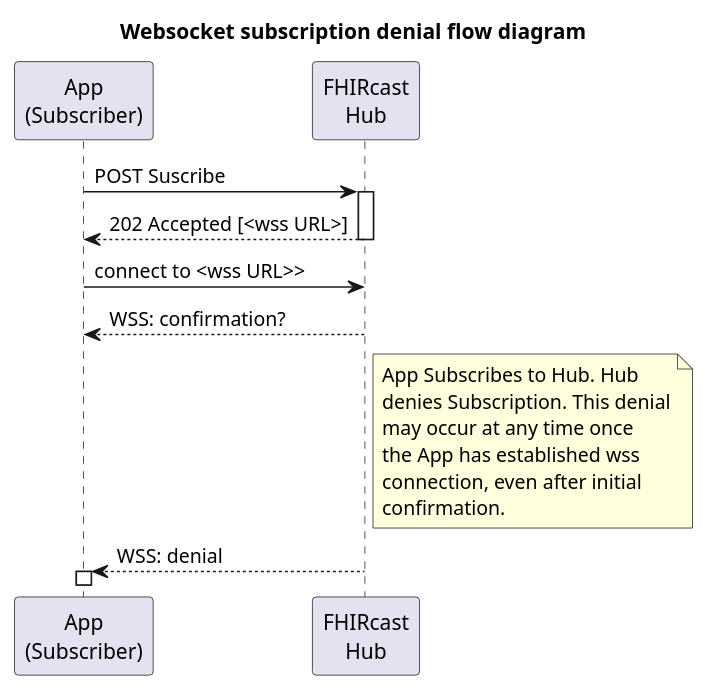
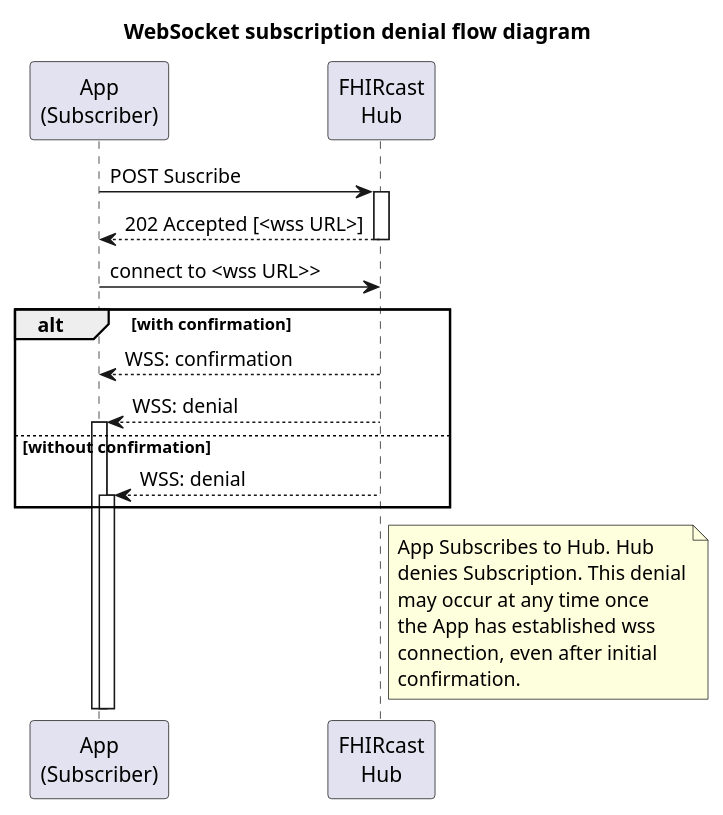
One commit to HL7/fhircast-docs changed the diagram in input/images-source/DeniedSubscriptionSequence.plantuml. Above: the diagram before and after it, drawn with PlantUML.

Commit message:
indicate that confirmation is optional

```diff
--- a/input/images-source/DeniedSubscriptionSequence.plantuml
+++ b/input/images-source/DeniedSubscriptionSequence.plantuml
@@ -1,24 +1,27 @@
 @startuml
 
-title Websocket subscription denial flow diagram
+title WebSocket subscription denial flow diagram
 
 participant "App\n(Subscriber)" as Subscriber
 participant "FHIRcast\nHub" as Hub
 
 Subscriber -> Hub++: POST Suscribe
 Subscriber <-- Hub--: 202 Accepted [<wss URL>]
 Subscriber -> Hub: connect to <wss URL>>
-Subscriber <-- Hub: WSS: confirmation?
+alt with confirmation
+Subscriber <-- Hub: WSS: confirmation
+Hub --> Subscriber++: WSS: denial
+else without confirmation
+Hub --> Subscriber++: WSS: denial
+end
 
 note right of Hub
     App Subscribes to Hub. Hub 
     denies Subscription. This denial
     may occur at any time once
     the App has established wss
     connection, even after initial 
     confirmation.
 end note
 
-Hub --> Subscriber++: WSS: denial
-
 @enduml
```
